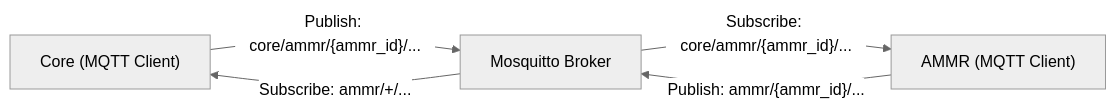
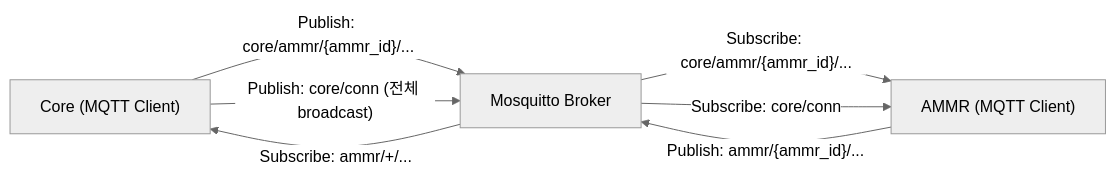
The second of 13 diagrams in docs/out/Core_ICD_AMMR.md (kimminsu0315/Core-Docs), drawn with Mermaid (neutral theme) before and after one commit. The commit also changed other lines of this file and 10 other files, not shown here.

````diff
--- a/docs/out/Core_ICD_AMMR.md
+++ b/docs/out/Core_ICD_AMMR.md
@@ -129,12 +129,14 @@
 ```mermaid
 flowchart LR
     Core["Core (MQTT Client)"]
     Broker["Mosquitto Broker"]
     AMMR["AMMR (MQTT Client)"]
 
     Core -->|"Publish: core/ammr/{ammr_id}/..."| Broker
     Broker -->|"Subscribe: core/ammr/{ammr_id}/..."| AMMR
+    Core -->|"Publish: core/conn (전체 broadcast)"| Broker
+    Broker -->|"Subscribe: core/conn"| AMMR
 
     AMMR -->|"Publish: ammr/{ammr_id}/..."| Broker
     Broker -->|"Subscribe: ammr/+/..."| Core
 ```
````
